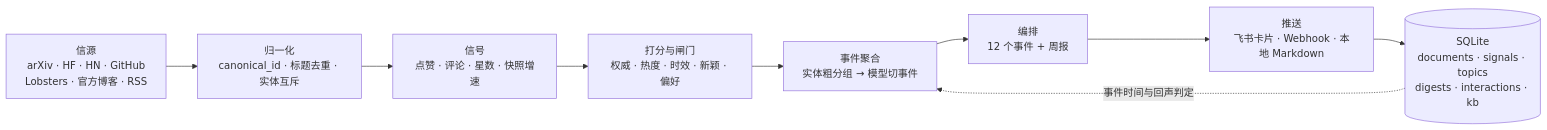
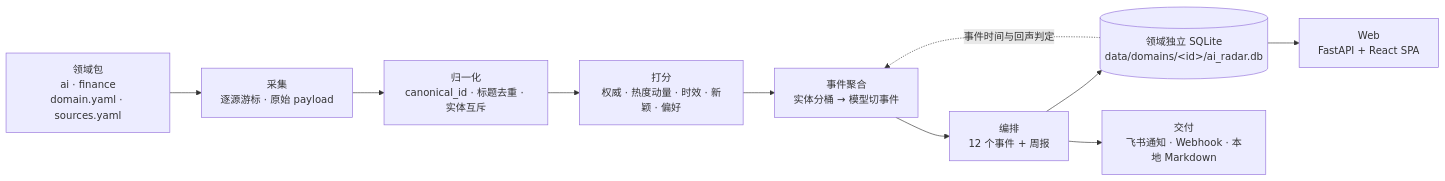
One commit to lieyukou1/kestrel-radar changed the diagram in README.md. Above: the diagram before and after it, drawn with Mermaid. The commit also changed other lines of this file and 2 other files, not shown here.

````diff
--- a/README.md
+++ b/README.md
@@ -273,11 +309,12 @@
 ```mermaid
 flowchart LR
-    S[信源<br/>arXiv · HF · HN · GitHub<br/>Lobsters · 官方博客 · RSS] --> N[归一化<br/>canonical_id · 标题去重 · 实体互斥]
-    N --> G[信号<br/>点赞 · 评论 · 星数 · 快照增速]
-    G --> R[打分与闸门<br/>权威 · 热度 · 时效 · 新颖 · 偏好]
-    R --> T[事件聚合<br/>实体粗分组 → 模型切事件]
-    T --> C[编排<br/>12 个事件 + 周报]
-    C --> P[推送<br/>飞书卡片 · Webhook · 本地 Markdown]
-    P --> D[(SQLite<br/>documents · signals · topics<br/>digests · interactions · kb)]
+    P[领域包<br/>ai · finance<br/>domain.yaml · sources.yaml] --> C[采集<br/>逐源游标 · 原始 payload]
+    C --> N[归一化<br/>canonical_id · 标题去重 · 实体互斥]
+    N --> S[打分<br/>权威 · 热度动量 · 时效 · 新颖 · 偏好]
+    S --> T[事件聚合<br/>实体分桶 → 模型切事件]
+    T --> G[编排<br/>12 个事件 + 周报]
+    G --> D[(领域独立 SQLite<br/>data/domains/&lt;id&gt;/ai_radar.db)]
+    D --> W[Web<br/>FastAPI + React SPA]
+    G --> O[交付<br/>飞书通知 · Webhook · 本地 Markdown]
     D -. 事件时间与回声判定 .-> T
 ```
````
